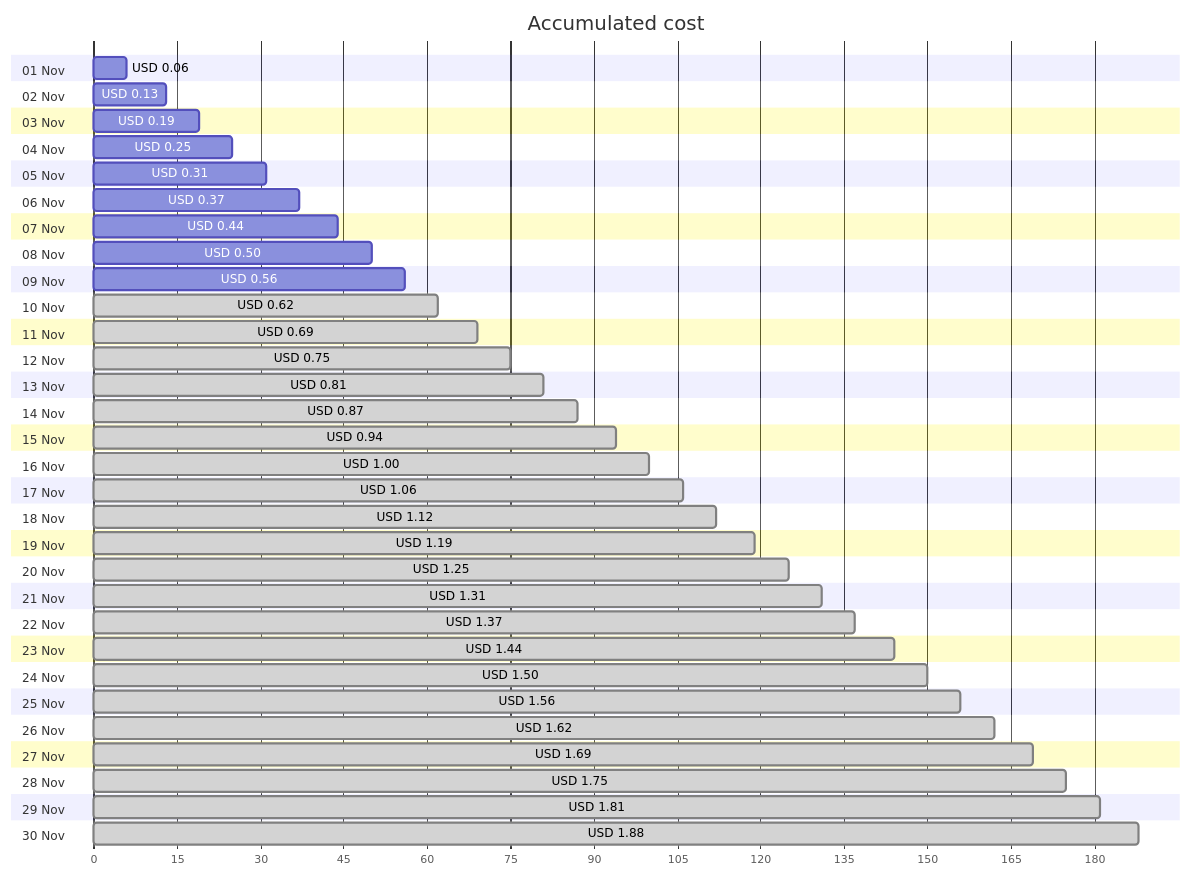
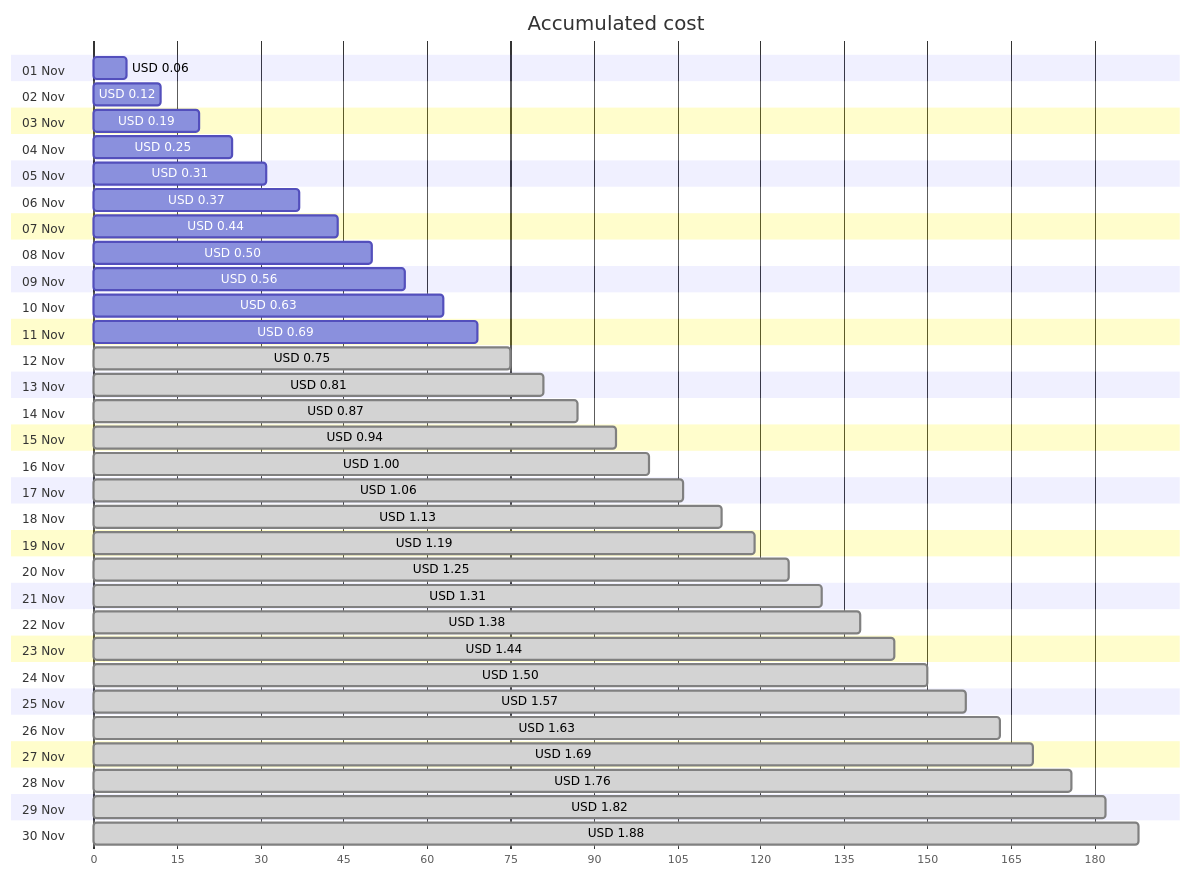
Before and after one commit to jpfulton/azure-personal-reports: the first of 4 diagrams in cost-reports/personal-network/backup-server_OsDisk.md, drawn with Mermaid. The commit also changed other lines of this file and 8 other files, not shown here.

````diff
--- a/cost-reports/personal-network/backup-server_OsDisk.md
+++ b/cost-reports/personal-network/backup-server_OsDisk.md
@@ -20,66 +20,66 @@
 ```mermaid
 gantt
    title Accumulated cost
    dateFormat  X
    axisFormat %s
    section 01 Nov
    USD 0.06 :0, 6
    section 02 Nov
-   USD 0.13 :0, 13
+   USD 0.12 :0, 12
    section 03 Nov
    USD 0.19 :0, 19
    section 04 Nov
    USD 0.25 :0, 25
    section 05 Nov
    USD 0.31 :0, 31
    section 06 Nov
    USD 0.37 :0, 37
    section 07 Nov
    USD 0.44 :0, 44
    section 08 Nov
    USD 0.50 :0, 50
    section 09 Nov
    USD 0.56 :0, 56
    section 10 Nov
-   USD 0.62 : done, 0, 62
+   USD 0.63 :0, 63
    section 11 Nov
-   USD 0.69 : done, 0, 69
+   USD 0.69 :0, 69
    section 12 Nov
    USD 0.75 : done, 0, 75
    section 13 Nov
    USD 0.81 : done, 0, 81
    section 14 Nov
    USD 0.87 : done, 0, 87
    section 15 Nov
    USD 0.94 : done, 0, 94
    section 16 Nov
    USD 1.00 : done, 0, 100
    section 17 Nov
    USD 1.06 : done, 0, 106
    section 18 Nov
-   USD 1.12 : done, 0, 112
+   USD 1.13 : done, 0, 113
    section 19 Nov
    USD 1.19 : done, 0, 119
    section 20 Nov
    USD 1.25 : done, 0, 125
    section 21 Nov
    USD 1.31 : done, 0, 131
    section 22 Nov
-   USD 1.37 : done, 0, 137
+   USD 1.38 : done, 0, 138
    section 23 Nov
    USD 1.44 : done, 0, 144
    section 24 Nov
    USD 1.50 : done, 0, 150
    section 25 Nov
-   USD 1.56 : done, 0, 156
+   USD 1.57 : done, 0, 157
    section 26 Nov
-   USD 1.62 : done, 0, 162
+   USD 1.63 : done, 0, 163
    section 27 Nov
    USD 1.69 : done, 0, 169
    section 28 Nov
-   USD 1.75 : done, 0, 175
+   USD 1.76 : done, 0, 176
    section 29 Nov
-   USD 1.81 : done, 0, 181
+   USD 1.82 : done, 0, 182
    section 30 Nov
    USD 1.88 : done, 0, 188
 ```
````
